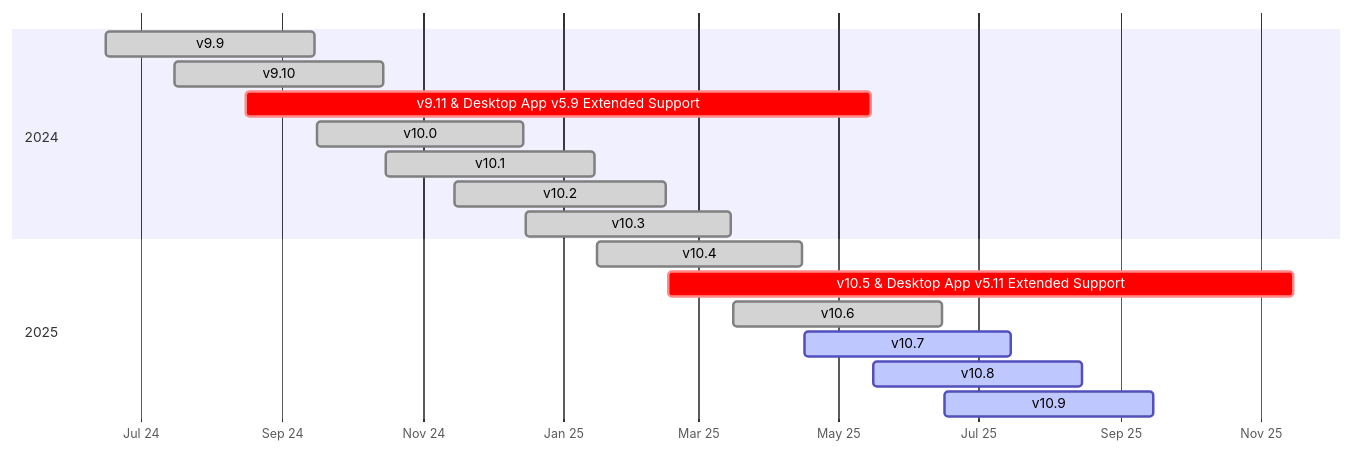
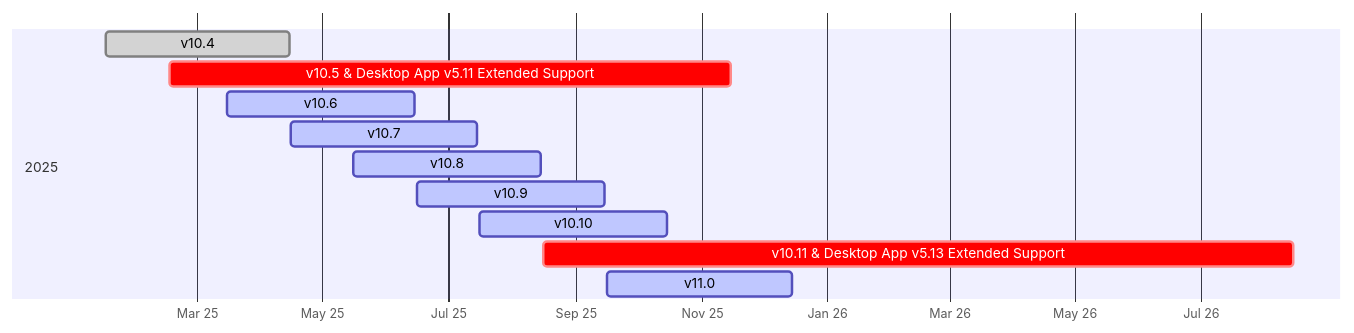
One commit to mattermost/docs changed the diagram in source/about/release-policy.md. Above: the diagram before and after it, drawn with Mermaid. The commit also changed other lines of this file, not shown here.

````diff
--- a/source/about/release-policy.md
+++ b/source/about/release-policy.md
@@ -48,24 +53,18 @@
 ```{mermaid}
 
 gantt
     dateFormat  YYYY-MM-DD
     axisFormat  %b %y
     tickInterval 2month
-    
-    section 2024
-    v9.9                   :done,  2024-06-16, 2024-09-15
-    v9.10                  :done,  2024-07-16, 2024-10-15
-    v9.11 & Desktop App v5.9 Extended Support :crit,    2024-08-16, 2025-05-15
-    v10.0                  :done,    2024-09-16, 2024-12-15
-    v10.1                  :done,    2024-10-16, 2025-01-15
-    v10.2                  :done,  2024-11-15, 2025-02-15
-    v10.3                  :done,  2024-12-16, 2025-03-15
 
     section 2025
     v10.4                  :done,  2025-01-16, 2025-04-15
     v10.5 & Desktop App v5.11 Extended Support :crit,    2025-02-16, 2025-11-15
-    v10.6                  :done, 2025-03-16, 2025-06-15
+    v10.6                  :active, 2025-03-16, 2025-06-15
     v10.7                  :active, 2025-04-16, 2025-07-15
     v10.8                  :active, 2025-05-16, 2025-08-15
     v10.9                  :active, 2025-06-16, 2025-09-15
+    v10.10                 :active, 2025-07-16, 2025-10-15
+    v10.11 & Desktop App v5.13 Extended Support :crit,    2025-08-16, 2026-08-15
+    v11.0                  :active, 2025-09-16, 2025-12-15
 ```
````
